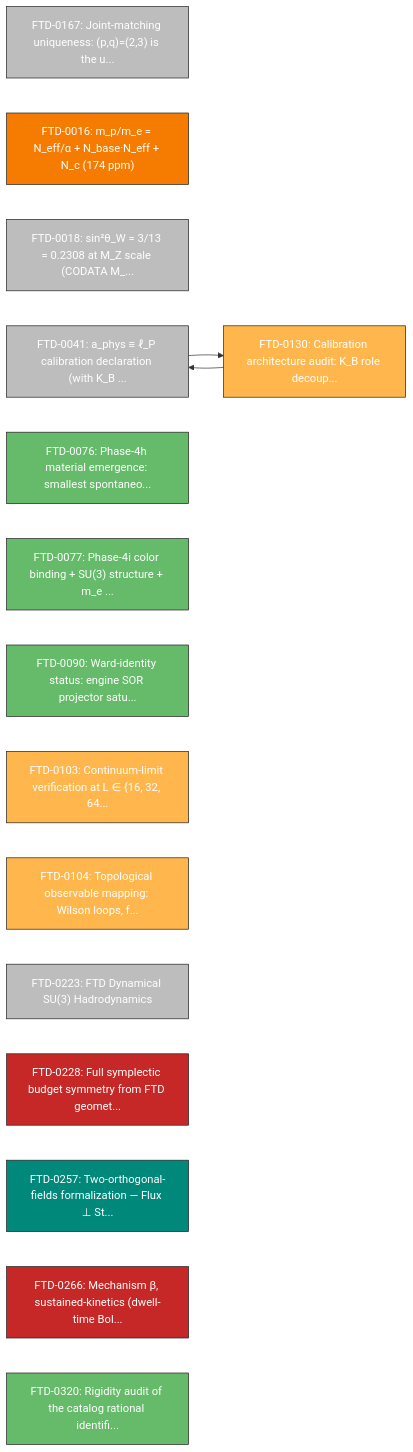
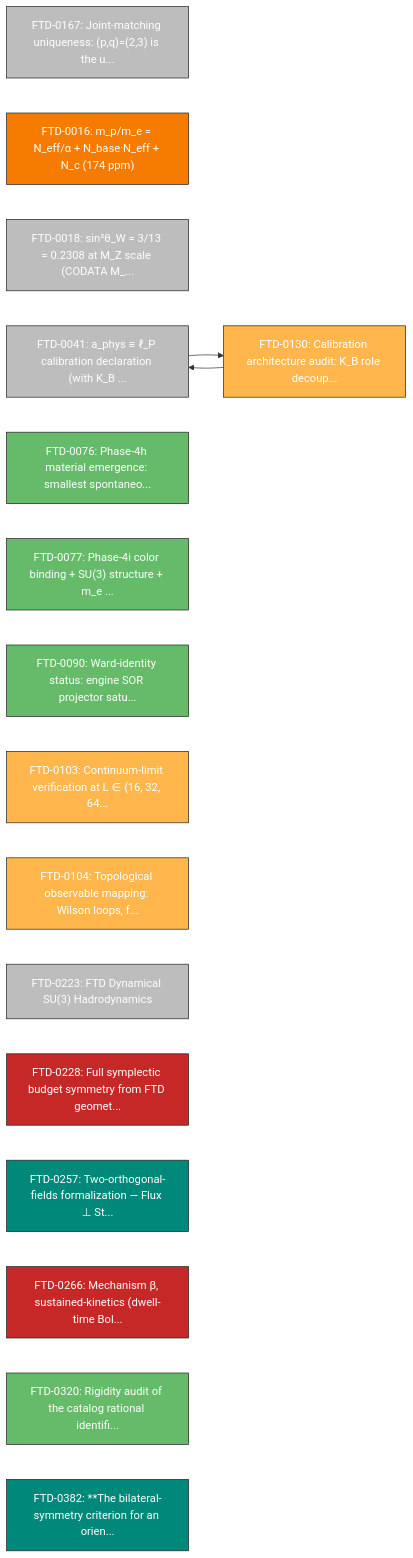
One commit to cpaci-tani/Foundational-Ternary-Dynamics changed the fourth of 16 diagrams in docs/theory/09_mathematical/NODE_MAP_FTD_MATH.md. Above: the diagram before and after it, drawn with Mermaid. The commit also changed other lines of this file and 2 other files, not shown here.

Commit message:
docs(tracker): dissemination-layer + x-/N_c residual sweeps logged as queued arcs (section 10); math node map regenerated from post-arc LEDGER (json + mermaid md)

````diff
--- a/docs/theory/09_mathematical/NODE_MAP_FTD_MATH.md
+++ b/docs/theory/09_mathematical/NODE_MAP_FTD_MATH.md
@@ -259,35 +261,37 @@
 ```mermaid
 graph LR
     FTD_0167["FTD-0167: Joint-matching uniqueness: (p,q)=(2,3) is the u..."]
     style FTD_0167 fill:#bdbdbd,color:white,stroke:#222,stroke-width:1px
     FTD_0016["FTD-0016: m_p/m_e = N_eff/α + N_base·N_eff + N_c (174 ppm)"]
     style FTD_0016 fill:#f57c00,color:white,stroke:#222,stroke-width:1px
     FTD_0018["FTD-0018: sin²θ_W = 3/13 = 0.2308 at M_Z scale (CODATA M_..."]
     style FTD_0018 fill:#bdbdbd,color:white,stroke:#222,stroke-width:1px
     FTD_0041["FTD-0041: a_phys ≡ ℓ_P calibration declaration (with K_B ..."]
     style FTD_0041 fill:#bdbdbd,color:white,stroke:#222,stroke-width:1px
     FTD_0076["FTD-0076: Phase-4h material emergence: smallest spontaneo..."]
     style FTD_0076 fill:#66bb6a,color:white,stroke:#222,stroke-width:1px
     FTD_0077["FTD-0077: Phase-4i color binding + SU(3) structure + m_e ..."]
     style FTD_0077 fill:#66bb6a,color:white,stroke:#222,stroke-width:1px
     FTD_0090["FTD-0090: Ward-identity status: engine SOR projector satu..."]
     style FTD_0090 fill:#66bb6a,color:white,stroke:#222,stroke-width:1px
     FTD_0103["FTD-0103: Continuum-limit verification at L ∈ {16, 32, 64..."]
     style FTD_0103 fill:#ffb74d,color:white,stroke:#222,stroke-width:1px
     FTD_0104["FTD-0104: Topological observable mapping: Wilson loops, f..."]
     style FTD_0104 fill:#ffb74d,color:white,stroke:#222,stroke-width:1px
     FTD_0130["FTD-0130: Calibration architecture audit: K_B role decoup..."]
     style FTD_0130 fill:#ffb74d,color:white,stroke:#222,stroke-width:1px
     FTD_0223["FTD-0223: FTD Dynamical SU(3) Hadrodynamics"]
     style FTD_0223 fill:#bdbdbd,color:white,stroke:#222,stroke-width:1px
     FTD_0228["FTD-0228: Full symplectic budget symmetry from FTD geomet..."]
     style FTD_0228 fill:#c62828,color:white,stroke:#222,stroke-width:1px
     FTD_0257["FTD-0257: Two-orthogonal-fields formalization — Flux ⊥ St..."]
     style FTD_0257 fill:#00897b,color:white,stroke:#222,stroke-width:1px
     FTD_0266["FTD-0266: Mechanism β, sustained-kinetics (dwell-time Bol..."]
     style FTD_0266 fill:#c62828,color:white,stroke:#222,stroke-width:1px
     FTD_0320["FTD-0320: Rigidity audit of the catalog rational identifi..."]
     style FTD_0320 fill:#66bb6a,color:white,stroke:#222,stroke-width:1px
+    FTD_0382["FTD-0382: **The bilateral-symmetry criterion for an orien..."]
+    style FTD_0382 fill:#00897b,color:white,stroke:#222,stroke-width:1px
     FTD_0041 --> FTD_0130
     FTD_0130 --> FTD_0041
 ```
````
